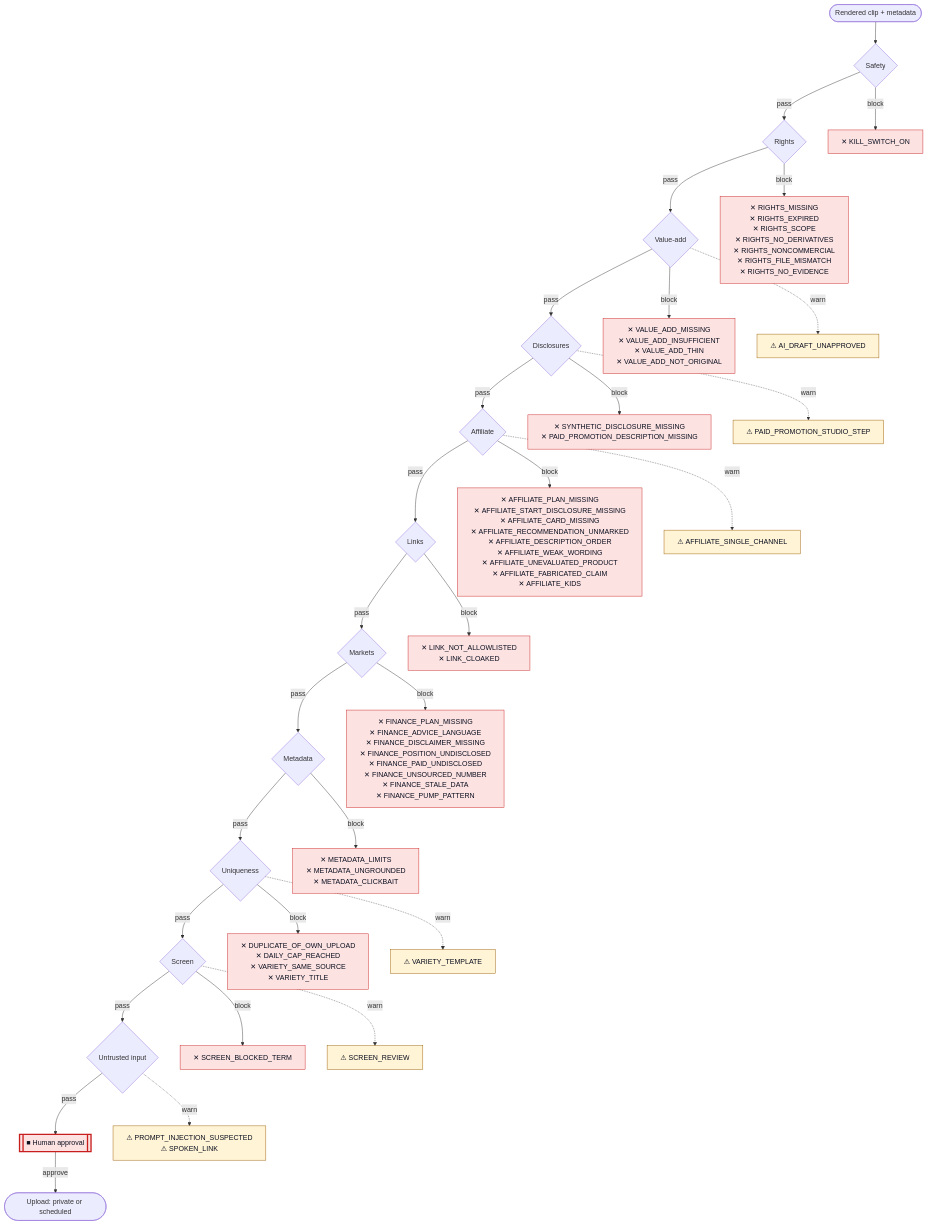
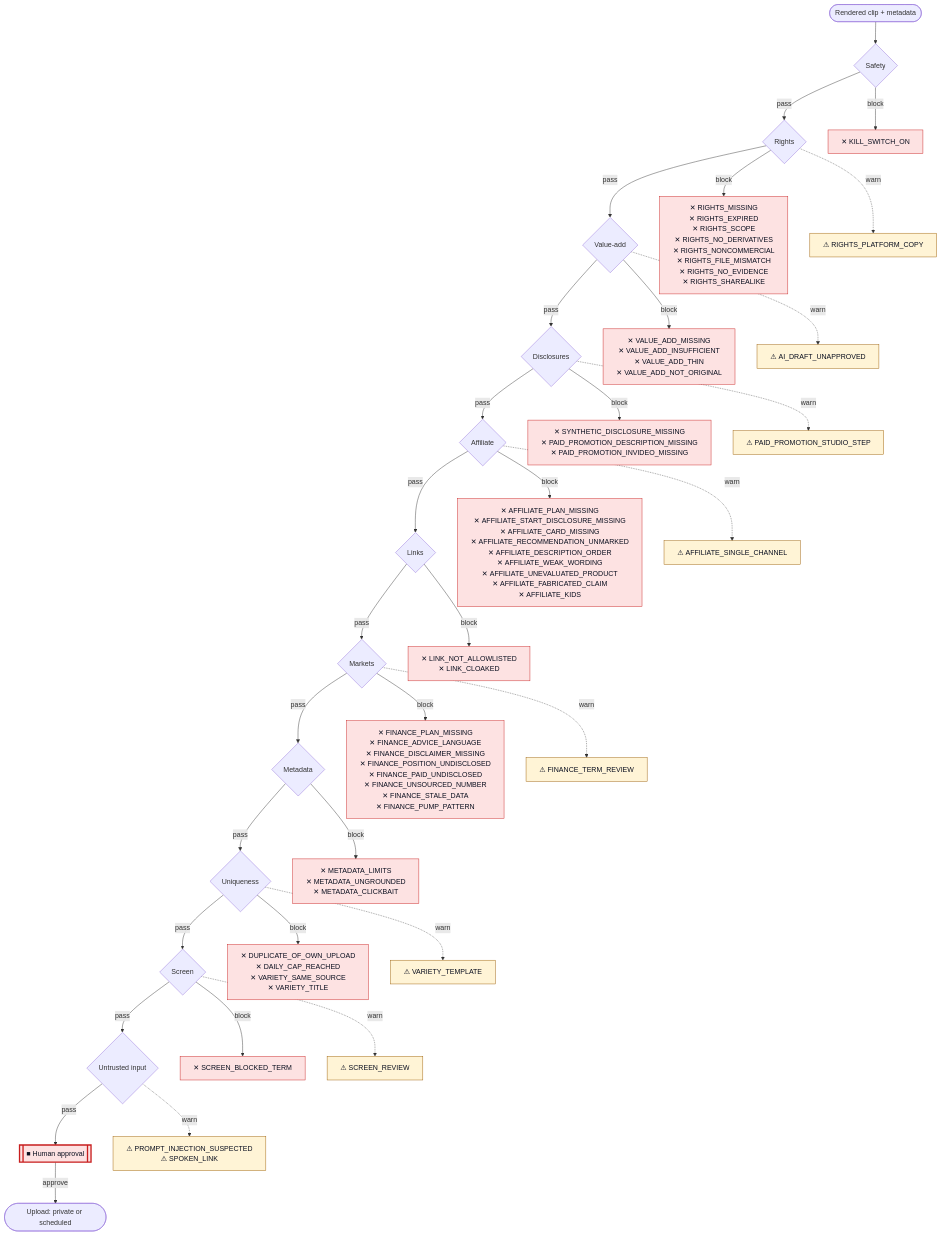
One commit to Normansrule/fair-clip changed the diagram in assets/src/gate-flow.mmd. Above: the diagram before and after it, drawn with Mermaid. The commit also changed 33 other files, not shown here.

```diff
--- a/assets/src/gate-flow.mmd
+++ b/assets/src/gate-flow.mmd
@@ -1,47 +1,49 @@
 flowchart TD
   IN(["Rendered clip + metadata"]) --> G0
   G0{"Safety"}
   G0 -->|pass| G1
   G0 -->|block| B0["✕#160;KILL_SWITCH_ON"]
   G1{"Rights"}
   G1 -->|pass| G2
-  G1 -->|block| B1["✕#160;RIGHTS_MISSING<br/>✕#160;RIGHTS_EXPIRED<br/>✕#160;RIGHTS_SCOPE<br/>✕#160;RIGHTS_NO_DERIVATIVES<br/>✕#160;RIGHTS_NONCOMMERCIAL<br/>✕#160;RIGHTS_FILE_MISMATCH<br/>✕#160;RIGHTS_NO_EVIDENCE"]
+  G1 -->|block| B1["✕#160;RIGHTS_MISSING<br/>✕#160;RIGHTS_EXPIRED<br/>✕#160;RIGHTS_SCOPE<br/>✕#160;RIGHTS_NO_DERIVATIVES<br/>✕#160;RIGHTS_NONCOMMERCIAL<br/>✕#160;RIGHTS_FILE_MISMATCH<br/>✕#160;RIGHTS_NO_EVIDENCE<br/>✕#160;RIGHTS_SHAREALIKE"]
+  G1 -.->|warn| W1["⚠#160;RIGHTS_PLATFORM_COPY"]
   G2{"Value-add"}
   G2 -->|pass| G3
   G2 -->|block| B2["✕#160;VALUE_ADD_MISSING<br/>✕#160;VALUE_ADD_INSUFFICIENT<br/>✕#160;VALUE_ADD_THIN<br/>✕#160;VALUE_ADD_NOT_ORIGINAL"]
   G2 -.->|warn| W2["⚠#160;AI_DRAFT_UNAPPROVED"]
   G3{"Disclosures"}
   G3 -->|pass| G4
-  G3 -->|block| B3["✕#160;SYNTHETIC_DISCLOSURE_MISSING<br/>✕#160;PAID_PROMOTION_DESCRIPTION_MISSING"]
+  G3 -->|block| B3["✕#160;SYNTHETIC_DISCLOSURE_MISSING<br/>✕#160;PAID_PROMOTION_DESCRIPTION_MISSING<br/>✕#160;PAID_PROMOTION_INVIDEO_MISSING"]
   G3 -.->|warn| W3["⚠#160;PAID_PROMOTION_STUDIO_STEP"]
   G4{"Affiliate"}
   G4 -->|pass| G5
   G4 -->|block| B4["✕#160;AFFILIATE_PLAN_MISSING<br/>✕#160;AFFILIATE_START_DISCLOSURE_MISSING<br/>✕#160;AFFILIATE_CARD_MISSING<br/>✕#160;AFFILIATE_RECOMMENDATION_UNMARKED<br/>✕#160;AFFILIATE_DESCRIPTION_ORDER<br/>✕#160;AFFILIATE_WEAK_WORDING<br/>✕#160;AFFILIATE_UNEVALUATED_PRODUCT<br/>✕#160;AFFILIATE_FABRICATED_CLAIM<br/>✕#160;AFFILIATE_KIDS"]
   G4 -.->|warn| W4["⚠#160;AFFILIATE_SINGLE_CHANNEL"]
   G5{"Links"}
   G5 -->|pass| G6
   G5 -->|block| B5["✕#160;LINK_NOT_ALLOWLISTED<br/>✕#160;LINK_CLOAKED"]
   G6{"Markets"}
   G6 -->|pass| G7
   G6 -->|block| B6["✕#160;FINANCE_PLAN_MISSING<br/>✕#160;FINANCE_ADVICE_LANGUAGE<br/>✕#160;FINANCE_DISCLAIMER_MISSING<br/>✕#160;FINANCE_POSITION_UNDISCLOSED<br/>✕#160;FINANCE_PAID_UNDISCLOSED<br/>✕#160;FINANCE_UNSOURCED_NUMBER<br/>✕#160;FINANCE_STALE_DATA<br/>✕#160;FINANCE_PUMP_PATTERN"]
+  G6 -.->|warn| W6["⚠#160;FINANCE_TERM_REVIEW"]
   G7{"Metadata"}
   G7 -->|pass| G8
   G7 -->|block| B7["✕#160;METADATA_LIMITS<br/>✕#160;METADATA_UNGROUNDED<br/>✕#160;METADATA_CLICKBAIT"]
   G8{"Uniqueness"}
   G8 -->|pass| G9
   G8 -->|block| B8["✕#160;DUPLICATE_OF_OWN_UPLOAD<br/>✕#160;DAILY_CAP_REACHED<br/>✕#160;VARIETY_SAME_SOURCE<br/>✕#160;VARIETY_TITLE"]
   G8 -.->|warn| W8["⚠#160;VARIETY_TEMPLATE"]
   G9{"Screen"}
   G9 -->|pass| G10
   G9 -->|block| B9["✕#160;SCREEN_BLOCKED_TERM"]
   G9 -.->|warn| W9["⚠#160;SCREEN_REVIEW"]
   G10{"Untrusted input"}
   G10 -->|pass| HA
   G10 -.->|warn| W10["⚠#160;PROMPT_INJECTION_SUSPECTED<br/>⚠#160;SPOKEN_LINK"]
   HA[["■ Human approval"]] -->|approve| UP(["Upload: private or scheduled"])
   classDef block fill:#FDE2E2,stroke:#C81E1E,color:#0B1020
   classDef warn fill:#FFF4D6,stroke:#9A5B00,color:#0B1020
   classDef stop fill:#FDE2E2,stroke:#C81E1E,stroke-width:3px,color:#0B1020
   class B0,B1,B2,B3,B4,B5,B6,B7,B8,B9 block
-  class W2,W3,W4,W8,W9,W10 warn
+  class W1,W2,W3,W4,W6,W8,W9,W10 warn
   class HA stop
```
